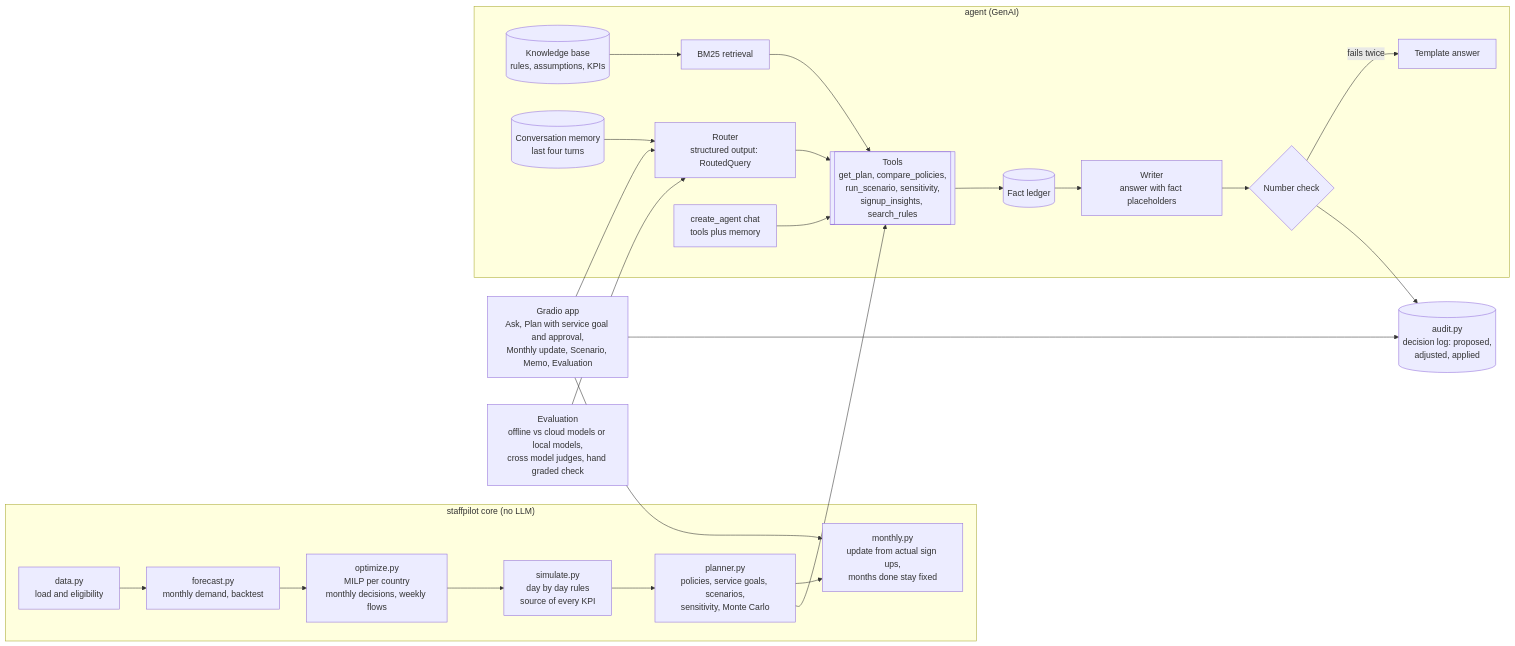
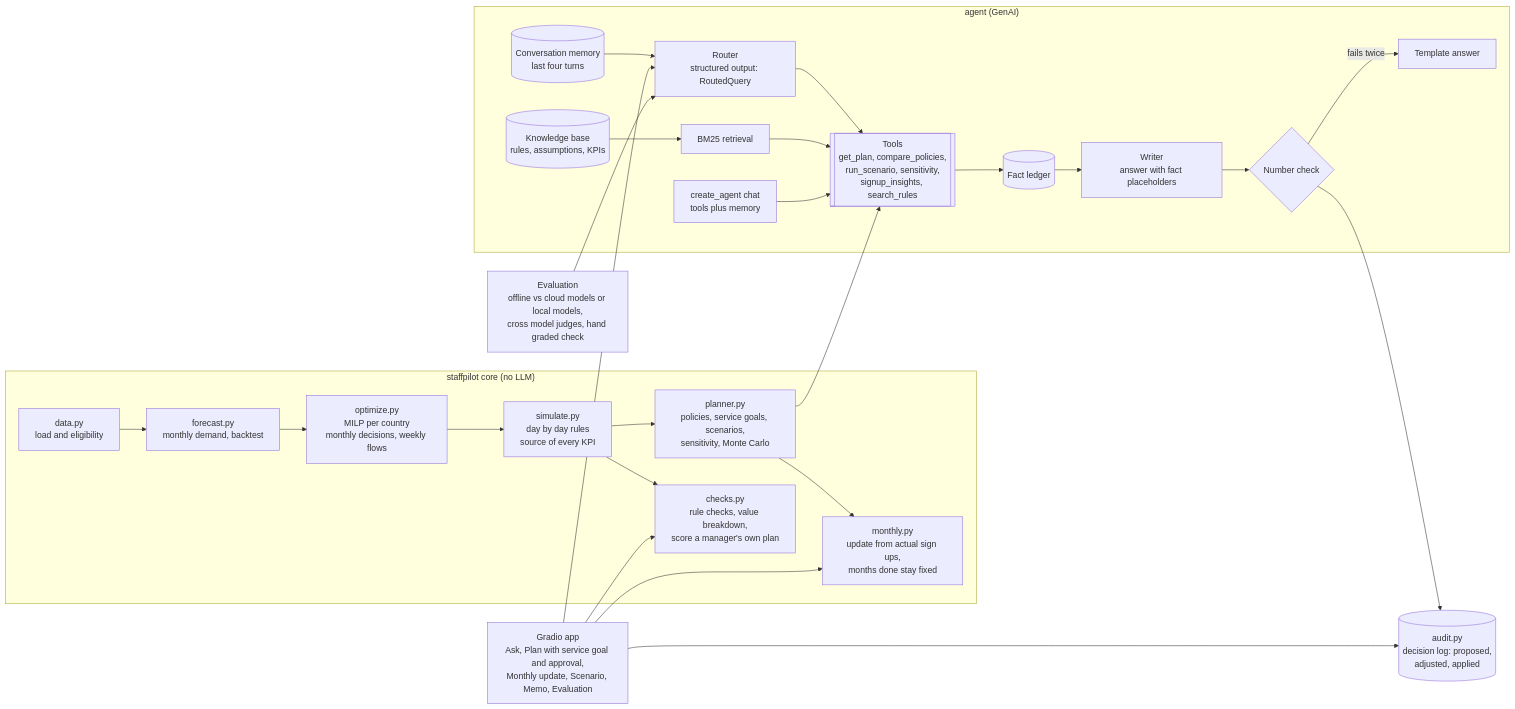
One commit to lequo-neu/staffpilot changed the diagram in README.md. Above: the diagram before and after it, drawn with Mermaid. The commit also changed other lines of this file and 16 other files, not shown here.

First line of the commit message:
Organize the app around the manager's year and let the plan be checked

````diff
--- a/README.md
+++ b/README.md
@@ -84,26 +107,28 @@
 ```mermaid
 flowchart LR
   subgraph Core["staffpilot core (no LLM)"]
     D[data.py<br/>load and eligibility] --> F[forecast.py<br/>monthly demand, backtest]
     F --> O[optimize.py<br/>MILP per country<br/>monthly decisions, weekly flows]
     O --> S[simulate.py<br/>day by day rules<br/>source of every KPI]
     S --> P[planner.py<br/>policies, service goals, scenarios,<br/>sensitivity, Monte Carlo]
     P --> MU[monthly.py<br/>update from actual sign ups,<br/>months done stay fixed]
+    S --> CK[checks.py<br/>rule checks, value breakdown,<br/>score a manager's own plan]
   end
   subgraph Agent["agent (GenAI)"]
     R[Router<br/>structured output: RoutedQuery] --> T[[Tools<br/>get_plan, compare_policies,<br/>run_scenario, sensitivity,<br/>signup_insights, search_rules]]
     T --> L[(Fact ledger)]
     L --> W[Writer<br/>answer with fact placeholders]
     W --> V{Number check}
     V -- fails twice --> TF[Template answer]
     K[(Knowledge base<br/>rules, assumptions, KPIs)] --> RAG[BM25 retrieval] --> T
     CA[create_agent chat<br/>tools plus memory] --> T
     M[(Conversation memory<br/>last four turns)] --> R
   end
   P --> T
   UI[Gradio app<br/>Ask, Plan with service goal and approval,<br/>Monthly update, Scenario, Memo, Evaluation] --> R
   UI --> MU
+  UI --> CK
   UI --> AU[(audit.py<br/>decision log: proposed,<br/>adjusted, applied)]
   V --> AU
   EV[Evaluation<br/>offline vs cloud models or local models,<br/>cross model judges, hand graded check] --> R
 ```
````
